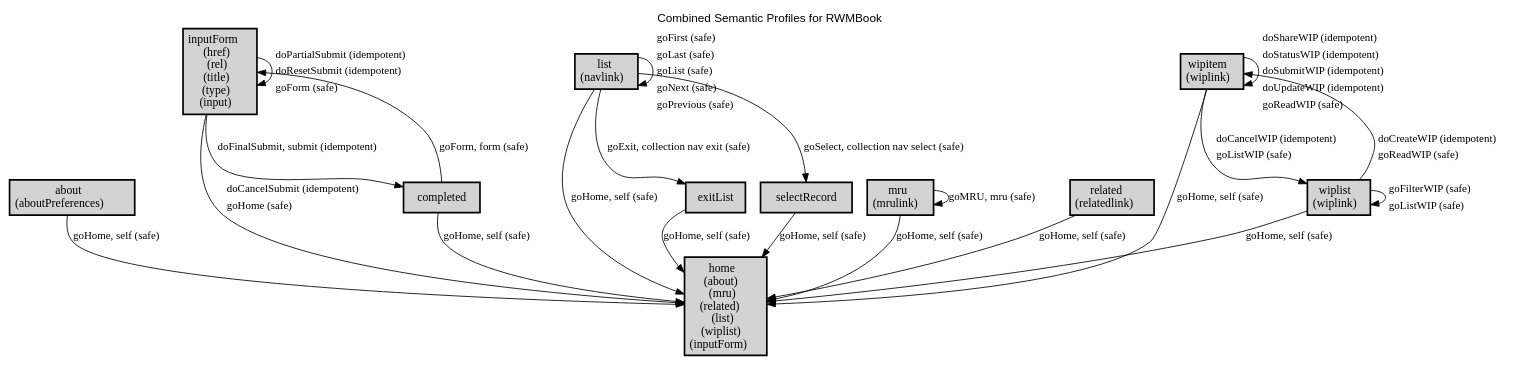
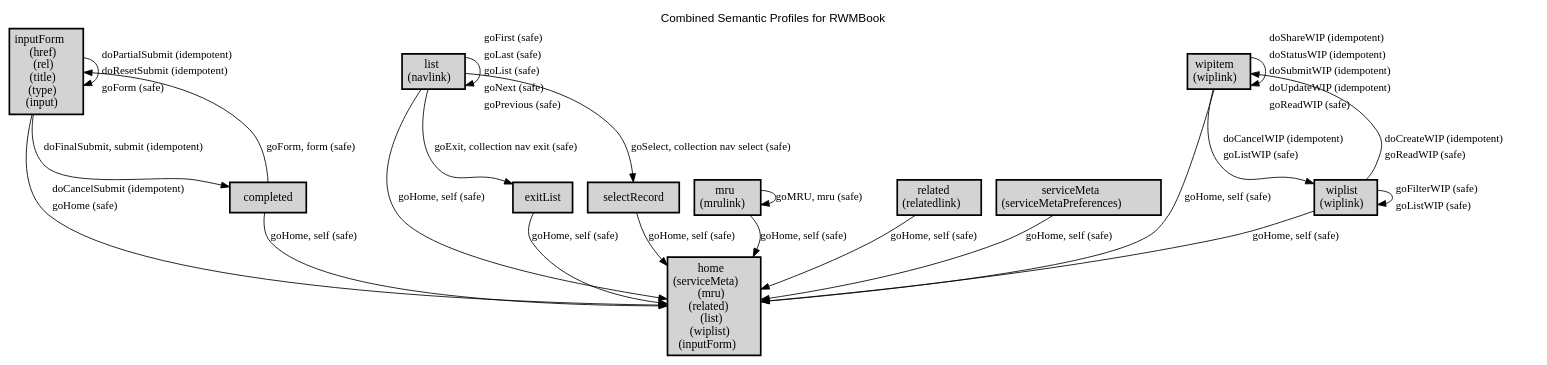
The diagram in docs/combined/combined.dot (webapicookbook/alps-documents), drawn with Graphviz before and after one commit. The commit also changed 6 other files, not shown here.

Commit message:
update combined w/ service-meta

```diff
--- a/docs/combined/combined.dot
+++ b/docs/combined/combined.dot
@@ -1,45 +1,45 @@
 digraph application_state_diagram {
   graph [
     labelloc="t";
     fontname="Helvetica"
     label="Combined Semantic Profiles for RWMBook";
     URL="index.html" target="_parent"
   ];
   node [shape = box, style = "bold,filled" fillcolor="lightgray"];
 
-    about [margin=0.02, label=<<table cellspacing="0" cellpadding="5" border="0"><tr><td>about<br />(aboutPreferences)<br /></td></tr></table>>,shape=box URL="docs/semantic.about.html" target="_parent"]
-    home [margin=0.02, label=<<table cellspacing="0" cellpadding="5" border="0"><tr><td>home<br />(about)<br />(mru)<br />(related)<br />(list)<br />(wiplist)<br />(inputForm)<br /></td></tr></table>>,shape=box URL="docs/semantic.home.html" target="_parent"]
+    home [margin=0.02, label=<<table cellspacing="0" cellpadding="5" border="0"><tr><td>home<br />(serviceMeta)<br />(mru)<br />(related)<br />(list)<br />(wiplist)<br />(inputForm)<br /></td></tr></table>>,shape=box URL="docs/semantic.home.html" target="_parent"]
     inputForm [margin=0.02, label=<<table cellspacing="0" cellpadding="5" border="0"><tr><td>inputForm<br />(href)<br />(rel)<br />(title)<br />(type)<br />(input)<br /></td></tr></table>>,shape=box URL="docs/semantic.inputForm.html" target="_parent"]
     list [margin=0.02, label=<<table cellspacing="0" cellpadding="5" border="0"><tr><td>list<br />(navlink)<br /></td></tr></table>>,shape=box URL="docs/semantic.list.html" target="_parent"]
     mru [margin=0.02, label=<<table cellspacing="0" cellpadding="5" border="0"><tr><td>mru<br />(mrulink)<br /></td></tr></table>>,shape=box URL="docs/semantic.mru.html" target="_parent"]
     related [margin=0.02, label=<<table cellspacing="0" cellpadding="5" border="0"><tr><td>related<br />(relatedlink)<br /></td></tr></table>>,shape=box URL="docs/semantic.related.html" target="_parent"]
+    serviceMeta [margin=0.02, label=<<table cellspacing="0" cellpadding="5" border="0"><tr><td>serviceMeta<br />(serviceMetaPreferences)<br /></td></tr></table>>,shape=box URL="docs/semantic.serviceMeta.html" target="_parent"]
     wipitem [margin=0.02, label=<<table cellspacing="0" cellpadding="5" border="0"><tr><td>wipitem<br />(wiplink)<br /></td></tr></table>>,shape=box URL="docs/semantic.wipitem.html" target="_parent"]
     wiplist [margin=0.02, label=<<table cellspacing="0" cellpadding="5" border="0"><tr><td>wiplist<br />(wiplink)<br /></td></tr></table>>,shape=box URL="docs/semantic.wiplist.html" target="_parent"]
 
-    about -> home [label = <goHome, self (safe)> URL="docs/safe.goHome.html" target="_parent" fontsize=13];
     completed -> home [label = <goHome, self (safe)> URL="docs/safe.goHome.html" target="_parent" fontsize=13];
     completed -> inputForm [label = <goForm, form (safe)> URL="docs/safe.goForm.html" target="_parent" fontsize=13];
     exitList -> home [label = <goHome, self (safe)> URL="docs/safe.goHome.html" target="_parent" fontsize=13];
     inputForm -> completed [label = <doFinalSubmit, submit (idempotent)> URL="docs/idempotent.doFinalSubmit.html" target="_parent" fontsize=13];
     inputForm -> home [label=<<table  border="0"><tr><td align="left" href="docs/idempotent.doCancelSubmit.html">doCancelSubmit (idempotent)</td></tr><tr><td align="left" href="docs/safe.goHome.html">goHome (safe)</td></tr></table>> fontsize=13];
     inputForm -> inputForm [label=<<table  border="0"><tr><td align="left" href="docs/idempotent.doPartialSubmit.html">doPartialSubmit (idempotent)</td></tr><tr><td align="left" href="docs/idempotent.doResetSubmit.html">doResetSubmit (idempotent)</td></tr><tr><td align="left" href="docs/safe.goForm.html">goForm (safe)</td></tr></table>> fontsize=13];
     list -> exitList [label = <goExit, collection nav exit (safe)> URL="docs/safe.goExit.html" target="_parent" fontsize=13];
     list -> home [label = <goHome, self (safe)> URL="docs/safe.goHome.html" target="_parent" fontsize=13];
     list -> list [label=<<table  border="0"><tr><td align="left" href="docs/safe.goFirst.html">goFirst (safe)</td></tr><tr><td align="left" href="docs/safe.goLast.html">goLast (safe)</td></tr><tr><td align="left" href="docs/safe.goList.html">goList (safe)</td></tr><tr><td align="left" href="docs/safe.goNext.html">goNext (safe)</td></tr><tr><td align="left" href="docs/safe.goPrevious.html">goPrevious (safe)</td></tr></table>> fontsize=13];
     list -> selectRecord [label = <goSelect, collection nav select (safe)> URL="docs/safe.goSelect.html" target="_parent" fontsize=13];
     mru -> home [label = <goHome, self (safe)> URL="docs/safe.goHome.html" target="_parent" fontsize=13];
     mru -> mru [label = <goMRU, mru (safe)> URL="docs/safe.goMRU.html" target="_parent" fontsize=13];
     related -> home [label = <goHome, self (safe)> URL="docs/safe.goHome.html" target="_parent" fontsize=13];
     selectRecord -> home [label = <goHome, self (safe)> URL="docs/safe.goHome.html" target="_parent" fontsize=13];
+    serviceMeta -> home [label = <goHome, self (safe)> URL="docs/safe.goHome.html" target="_parent" fontsize=13];
     wipitem -> home [label = <goHome, self (safe)> URL="docs/safe.goHome.html" target="_parent" fontsize=13];
     wipitem -> wipitem [label=<<table  border="0"><tr><td align="left" href="docs/idempotent.doShareWIP.html">doShareWIP (idempotent)</td></tr><tr><td align="left" href="docs/idempotent.doStatusWIP.html">doStatusWIP (idempotent)</td></tr><tr><td align="left" href="docs/idempotent.doSubmitWIP.html">doSubmitWIP (idempotent)</td></tr><tr><td align="left" href="docs/idempotent.doUpdateWIP.html">doUpdateWIP (idempotent)</td></tr><tr><td align="left" href="docs/safe.goReadWIP.html">goReadWIP (safe)</td></tr></table>> fontsize=13];
     wipitem -> wiplist [label=<<table  border="0"><tr><td align="left" href="docs/idempotent.doCancelWIP.html">doCancelWIP (idempotent)</td></tr><tr><td align="left" href="docs/safe.goListWIP.html">goListWIP (safe)</td></tr></table>> fontsize=13];
     wiplist -> home [label = <goHome, self (safe)> URL="docs/safe.goHome.html" target="_parent" fontsize=13];
     wiplist -> wipitem [label=<<table  border="0"><tr><td align="left" href="docs/idempotent.doCreateWIP.html">doCreateWIP (idempotent)</td></tr><tr><td align="left" href="docs/safe.goReadWIP.html">goReadWIP (safe)</td></tr></table>> fontsize=13];
     wiplist -> wiplist [label=<<table  border="0"><tr><td align="left" href="docs/safe.goFilterWIP.html">goFilterWIP (safe)</td></tr><tr><td align="left" href="docs/safe.goListWIP.html">goListWIP (safe)</td></tr></table>> fontsize=13];
 
     completed [label = <completed> URL="docs/semantic.completed.html" target="_parent"]
     exitList [label = <exitList> URL="docs/semantic.exitList.html" target="_parent"]
     selectRecord [label = <selectRecord> URL="docs/semantic.selectRecord.html" target="_parent"]
 
 }
```
